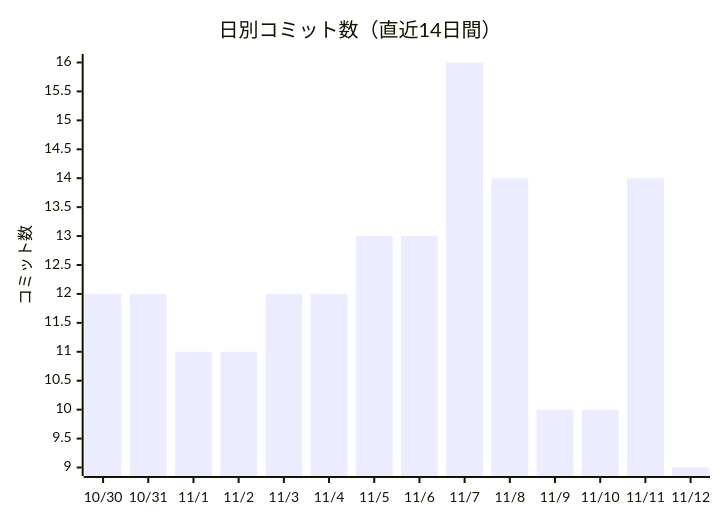
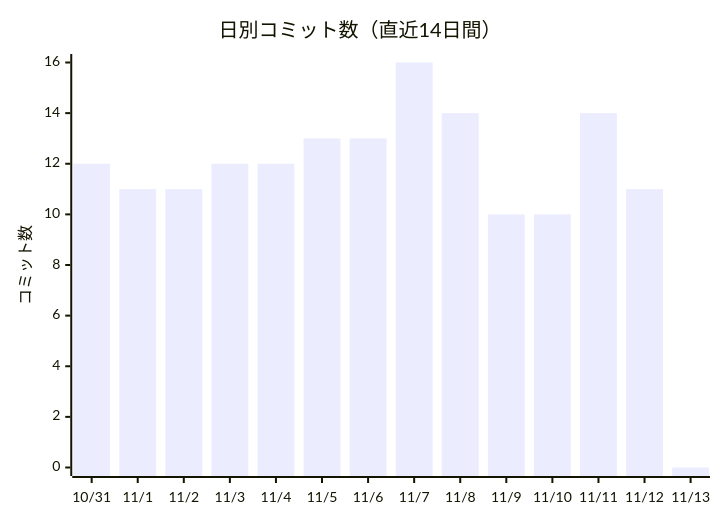
The first of 2 diagrams in docs/進化レポート.md (non-x2/non-x2), drawn with Mermaid before and after one commit. The commit also changed other lines of this file and 2 other files, not shown here.

````diff
--- a/docs/進化レポート.md
+++ b/docs/進化レポート.md
@@ -25,7 +25,7 @@
 ```mermaid
 xychart-beta
     title "日別コミット数（直近14日間）"
-    x-axis ["10/30", "10/31", "11/1", "11/2", "11/3", "11/4", "11/5", "11/6", "11/7", "11/8", "11/9", "11/10", "11/11", "11/12"]
+    x-axis ["10/31", "11/1", "11/2", "11/3", "11/4", "11/5", "11/6", "11/7", "11/8", "11/9", "11/10", "11/11", "11/12", "11/13"]
     y-axis "コミット数"
-    bar [12, 12, 11, 11, 12, 12, 13, 13, 16, 14, 10, 10, 14, 9]
+    bar [12, 11, 11, 12, 12, 13, 13, 16, 14, 10, 10, 14, 11, 0]
 ```
````
